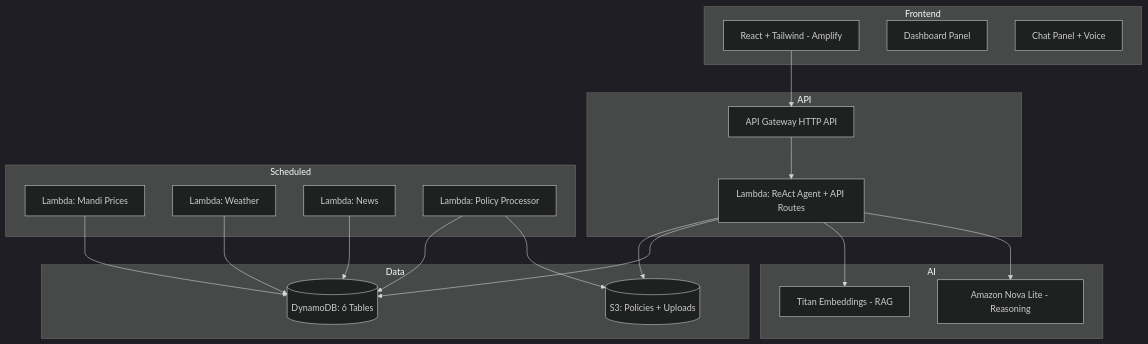
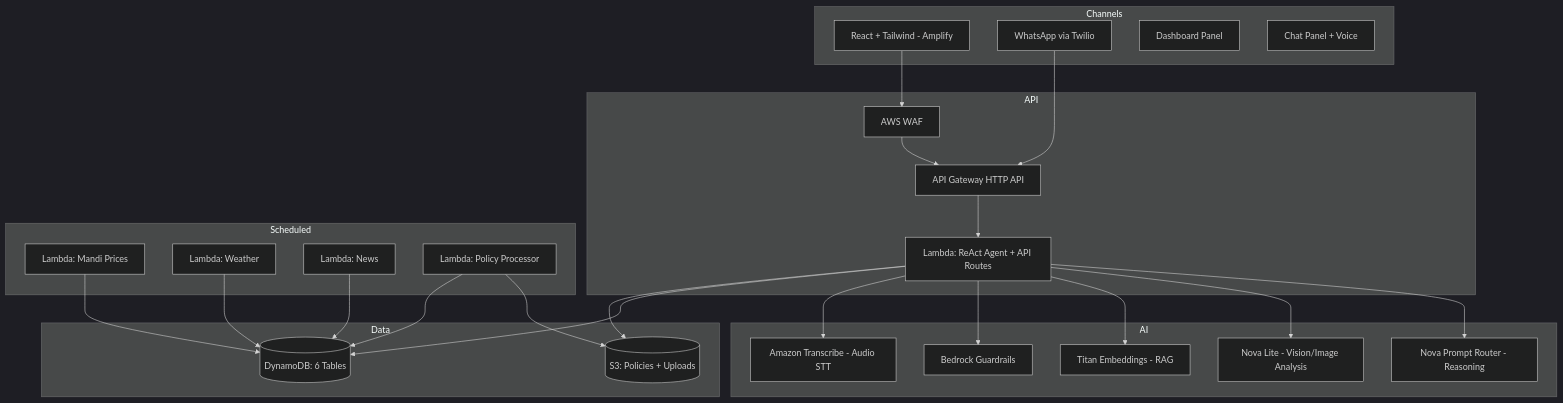
One commit to adityajha2007/agri-mitra-aws-finale changed the diagram in design.md. Above: the diagram before and after it, drawn with Mermaid (dark theme). The commit also changed other lines of this file and 2 other files, not shown here.

````diff
--- a/design.md
+++ b/design.md
@@ -15,39 +17,48 @@
 ```mermaid
 graph TB
-    subgraph "Frontend"
+    subgraph "Channels"
         UI[React + Tailwind - Amplify]
+        WA[WhatsApp via Twilio]
         DASH[Dashboard Panel]
         CHAT[Chat Panel + Voice]
     end
 
     subgraph "API"
         APIGW[API Gateway HTTP API]
+        WAF[AWS WAF]
         LAMBDA[Lambda: ReAct Agent + API Routes]
     end
 
     subgraph "AI"
-        BEDROCK[Amazon Nova Lite - Reasoning]
+        ROUTER[Nova Prompt Router - Reasoning]
+        NOVA[Nova Lite - Vision/Image Analysis]
         EMBED[Titan Embeddings - RAG]
+        GUARD[Bedrock Guardrails]
+        TRANSCRIBE[Amazon Transcribe - Audio STT]
     end
 
     subgraph "Data"
         DDB[(DynamoDB: 6 Tables)]
         S3[(S3: Policies + Uploads)]
     end
 
     subgraph "Scheduled"
         L1[Lambda: Mandi Prices]
         L2[Lambda: Weather]
         L3[Lambda: News]
         L4[Lambda: Policy Processor]
     end
 
-    UI --> APIGW --> LAMBDA
-    LAMBDA --> BEDROCK
+    UI --> WAF --> APIGW --> LAMBDA
+    WA --> APIGW
+    LAMBDA --> ROUTER
+    LAMBDA --> NOVA
     LAMBDA --> EMBED
+    LAMBDA --> GUARD
+    LAMBDA --> TRANSCRIBE
     LAMBDA --> DDB
     LAMBDA --> S3
     L1 & L2 & L3 --> DDB
     L4 --> S3
     L4 --> DDB
 ```
````
